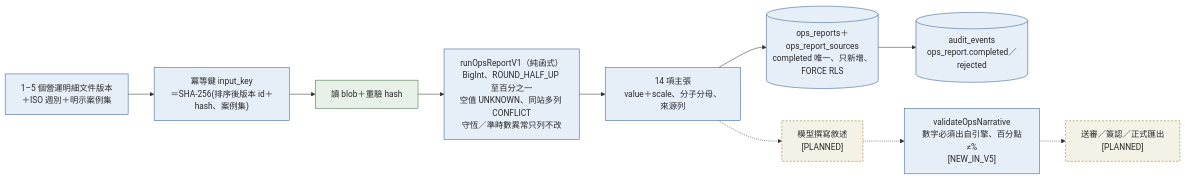
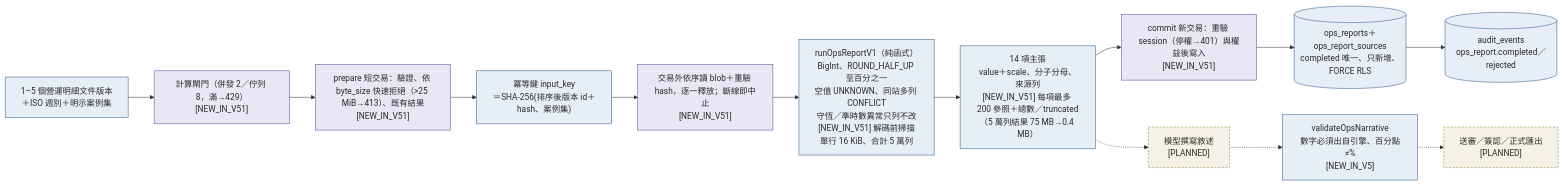
One commit to hades60414-sys/DHC-AI-SYSTEM changed the diagram in web-ui/docs/enterprise/architecture/OPS_REPORT_DATA_FLOW.mmd. Above: the diagram before and after it, drawn with Mermaid. The commit also changed 11 other files, not shown here.

First line of the commit message:
docs(enterprise): V5.1 architecture delta and roadmap (NEW_IN_V51)

```diff
--- a/web-ui/docs/enterprise/architecture/OPS_REPORT_DATA_FLOW.mmd
+++ b/web-ui/docs/enterprise/architecture/OPS_REPORT_DATA_FLOW.mmd
@@ -1,19 +1,23 @@
 %% OPS-REPORT-v1 營運週報資料流（NEW_IN_V5）。
 flowchart LR
   classDef current fill:#e8f1e8,stroke:#3d6b3d,color:#2A2A2A
   classDef newv5 fill:#e6eef8,stroke:#2f5d8a,color:#2A2A2A
+  classDef newv51 fill:#e9e6f6,stroke:#5a4a9a,color:#2A2A2A
   classDef planned fill:#f4f1e6,stroke:#8a7a2f,color:#2A2A2A,stroke-dasharray:4 3
 
   src["1–5 個營運明細文件版本<br/>＋ISO 週別＋明示案例集"]:::newv5
   key["冪等鍵 input_key<br/>＝SHA-256(排序後版本 id＋hash、案例集)"]:::newv5
-  load["讀 blob＋重驗 hash"]:::current
-  engine["runOpsReportV1（純函式）<br/>BigInt、ROUND_HALF_UP 至百分之一<br/>空值 UNKNOWN、同站多列 CONFLICT<br/>守恆／準時數異常只列不改"]:::newv5
-  claims["14 項主張<br/>value＋scale、分子分母、來源列"]:::newv5
+  gate["計算閘門（併發 2／佇列 8，滿→429）<br/>[NEW_IN_V51]"]:::newv51
+  prepare["prepare 短交易：驗證、依 byte_size 快速拒絕（>25 MiB→413）、既有結果<br/>[NEW_IN_V51]"]:::newv51
+  load["交易外依序讀 blob＋重驗 hash，逐一釋放；斷線即中止<br/>[NEW_IN_V51]"]:::newv51
+  commit["commit 新交易：重驗 session（停權→401）與權益後寫入<br/>[NEW_IN_V51]"]:::newv51
+  engine["runOpsReportV1（純函式）<br/>BigInt、ROUND_HALF_UP 至百分之一<br/>空值 UNKNOWN、同站多列 CONFLICT<br/>守恆／準時數異常只列不改<br/>[NEW_IN_V51] 解碼前掃描單行 16 KiB、合計 5 萬列"]:::newv5
+  claims["14 項主張<br/>value＋scale、分子分母、來源列<br/>[NEW_IN_V51] 每項最多 200 參照＋總數／truncated（5 萬列結果 75 MB→0.4 MB）"]:::newv5
   store[("ops_reports＋ops_report_sources<br/>completed 唯一、只新增、FORCE RLS")]:::newv5
   audit[("audit_events<br/>ops_report.completed／rejected")]:::newv5
   llm["模型撰寫敘述<br/>[PLANNED]"]:::planned
   guard["validateOpsNarrative<br/>數字必須出自引擎、百分點≠%<br/>[NEW_IN_V5]"]:::newv5
   approve["送審／簽認／正式匯出<br/>[PLANNED]"]:::planned
 
-  src --> key --> load --> engine --> claims --> store --> audit
+  src --> gate --> prepare --> key --> load --> engine --> claims --> commit --> store --> audit
   claims -.-> llm -.-> guard -.-> approve
```
